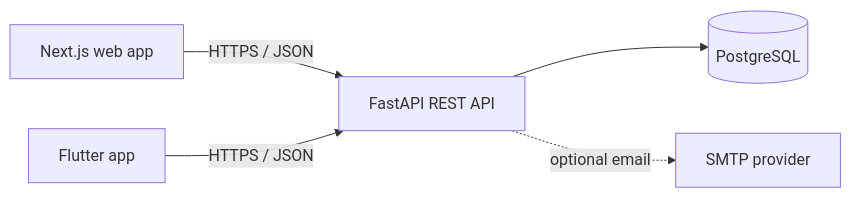
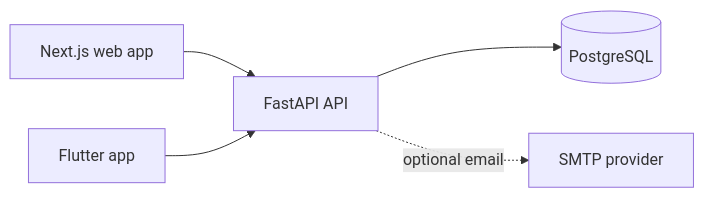
The diagram in README.md (ShubxJha/smart-biz), drawn with Mermaid before and after one commit. The commit also changed other lines of this file and 3 other files, not shown here.

````diff
--- a/README.md
+++ b/README.md
@@ -50,7 +47,7 @@
 ```mermaid
 flowchart LR
-  Web[Next.js web app] -->|HTTPS / JSON| API[FastAPI REST API]
-  Mobile[Flutter app] -->|HTTPS / JSON| API
+  Web[Next.js web app] --> API[FastAPI API]
+  Mobile[Flutter app] --> API
   API --> DB[(PostgreSQL)]
   API -. optional email .-> SMTP[SMTP provider]
 ```
````
